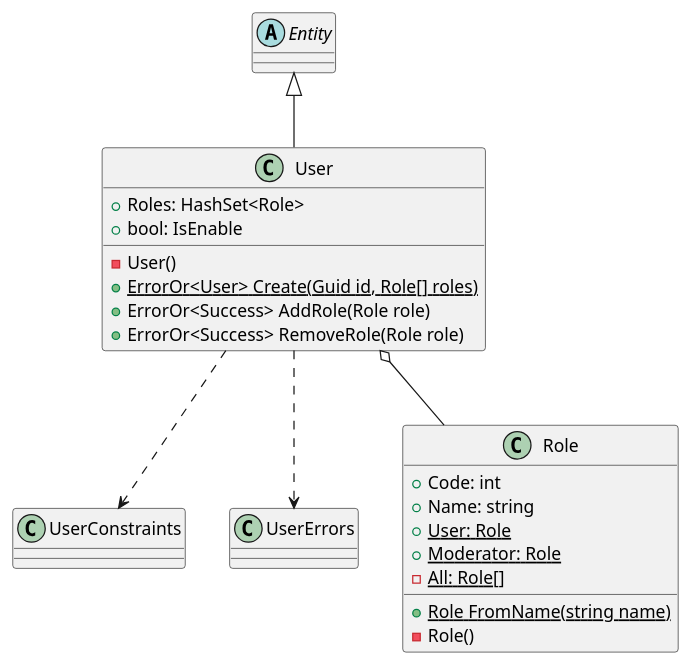
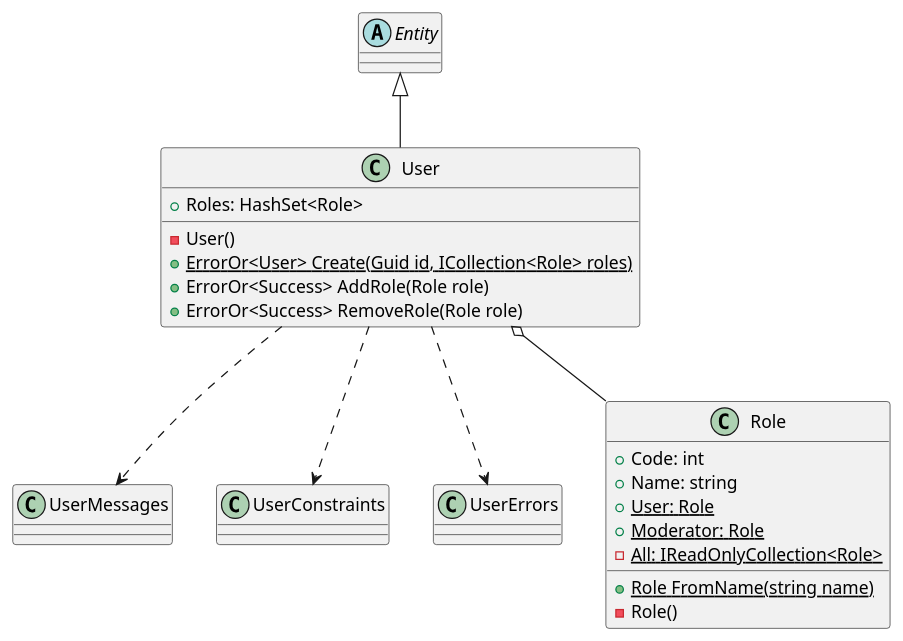
The diagram in docs/design/classes/users.puml (Nike073i/road-safety), drawn with PlantUML before and after one commit. The commit also changed 1 other file, not shown here.

Commit message:
chg: Исправление типов и переименование полей в диаграммах users
Удалено поле is_enable

```diff
--- a/docs/design/classes/users.puml
+++ b/docs/design/classes/users.puml
@@ -1,35 +1,36 @@
 @startuml users
 
 ' Comment: В модуле не используется работа с доменными событиями. Интеграционные события по необходимости будут опубликованы в Application слое
 
 ' Base
     abstract class Entity
 
 ' Users
     class User extends Entity {
         +Roles: HashSet<Role>
-        +bool: IsEnable
         -User()
-        +{static}ErrorOr<User> Create(Guid id, Role[] roles)
+        +{static}ErrorOr<User> Create(Guid id, ICollection<Role> roles)
         +ErrorOr<Success> AddRole(Role role)
         +ErrorOr<Success> RemoveRole(Role role)
     }
 
+    static class UserMessages
     static class UserConstraints
     static class UserErrors
 
     class Role {
         +Code: int
         +Name: string
         +{static} User: Role 
         +{static} Moderator: Role 
-        -{static} All: Role[] 
+        -{static} All: IReadOnlyCollection<Role> 
         +{static} Role FromName(string name)
         -Role()
     }
 
+    User ..> UserMessages
     User ..> UserConstraints
     User ..> UserErrors
     User o-- Role
 
 @enduml
```
